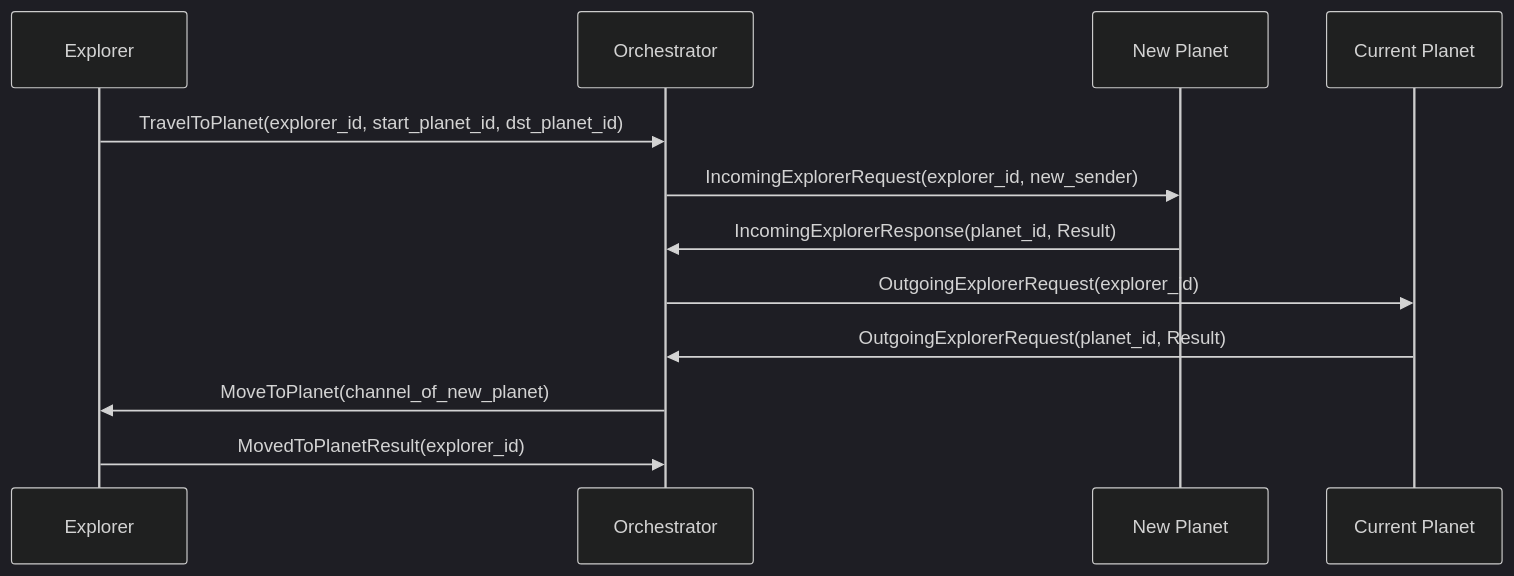
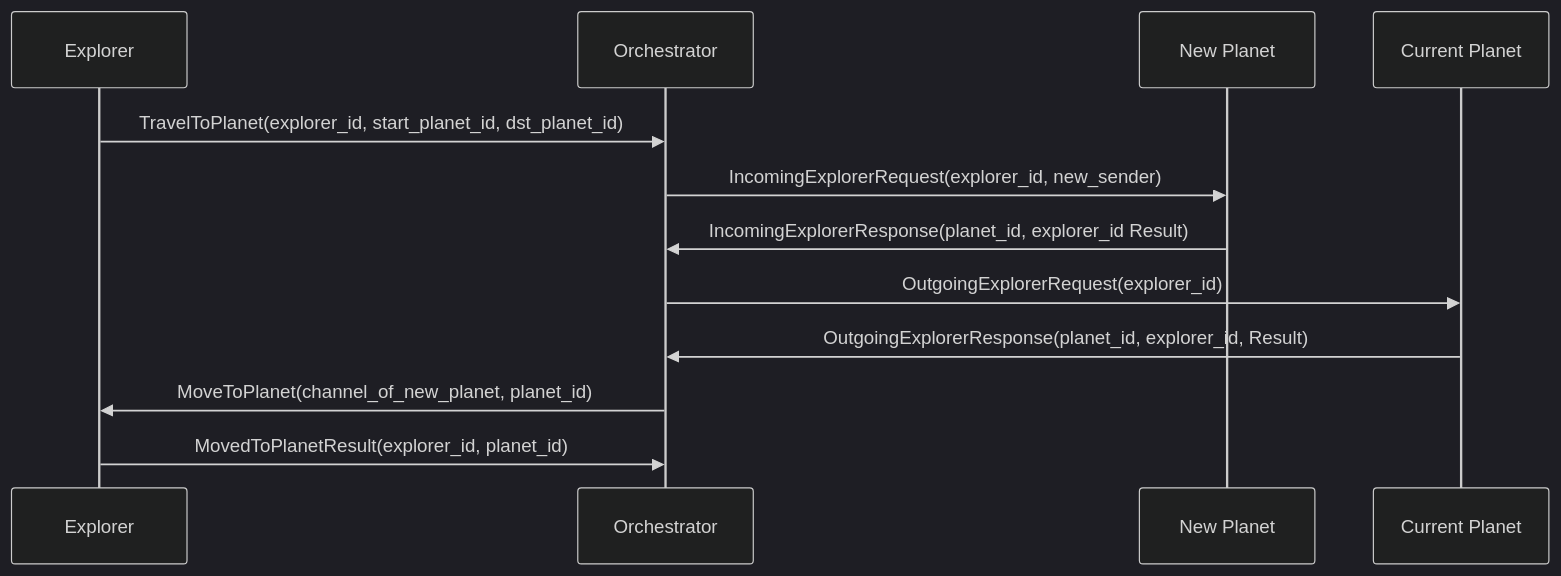
Diagram 12 of 23 in MESSAGE_DIAGRAMS.md (unitn-ap-2025/common), drawn with Mermaid (dark theme) before and after one commit. The commit also changed other lines of this file and 3 other files, not shown here.

Commit message:
Fixed Issues #155 and #156 + changed MESSAGE_DIAGRAMS.md

````diff
--- a/MESSAGE_DIAGRAMS.md
+++ b/MESSAGE_DIAGRAMS.md
@@ -142,18 +142,18 @@
 ```mermaid
 sequenceDiagram
     participant E as Explorer
     participant O as Orchestrator
     participant newP as New Planet
     participant currP as Current Planet
 
 
 
     E->>O: TravelToPlanet(explorer_id, start_planet_id, dst_planet_id)
     O ->> newP: IncomingExplorerRequest(explorer_id, new_sender)
-    newP ->> O: IncomingExplorerResponse(planet_id, Result)
+    newP ->> O: IncomingExplorerResponse(planet_id, explorer_id Result)
     O ->> currP: OutgoingExplorerRequest(explorer_id)
-    currP ->> O: OutgoingExplorerRequest(planet_id, Result)
+    currP ->> O: OutgoingExplorerResponse(planet_id, explorer_id, Result)
 
-    O ->>E: MoveToPlanet(channel_of_new_planet)
-    E->> O: MovedToPlanetResult(explorer_id)
+    O ->>E: MoveToPlanet(channel_of_new_planet, planet_id)
+    E->> O: MovedToPlanetResult(explorer_id, planet_id)
 ```
````
